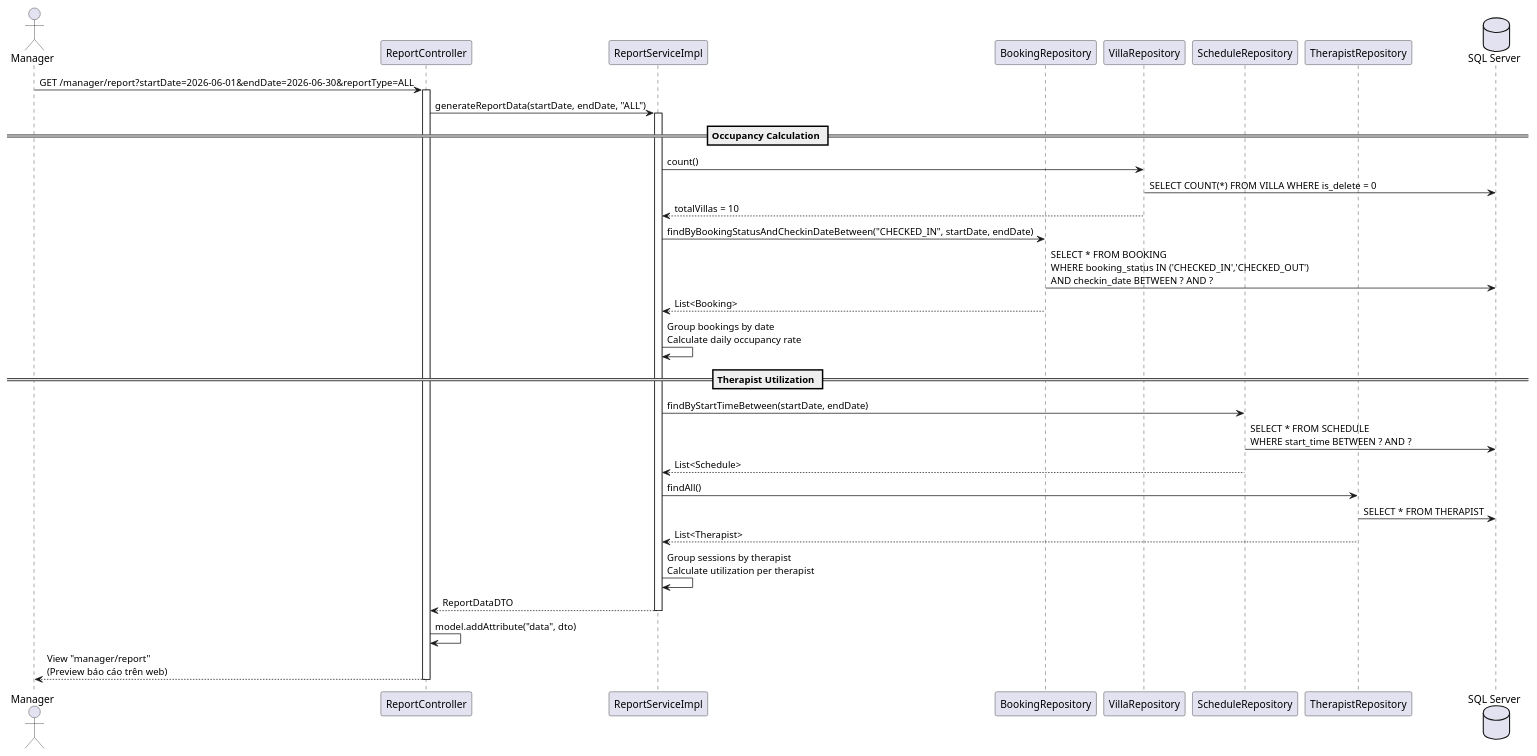
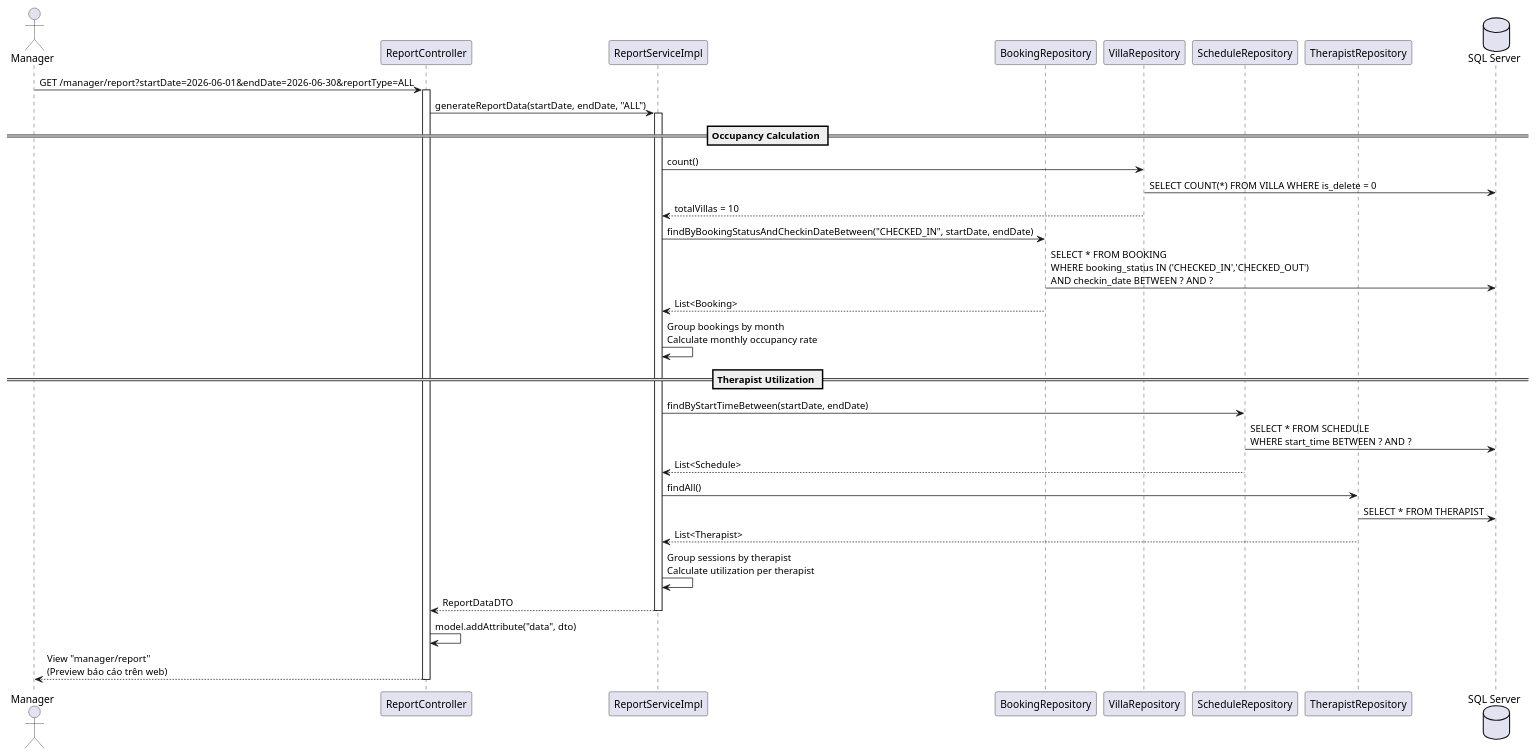
The second of 3 diagrams in 04_Implement/Module5/UC25/UC25_EDS_Report_Export.md (danhdac36/xoai-aura-retreat), drawn with PlantUML before and after one commit. The commit also changed other lines of this file and 10 other files, not shown here.

````diff
--- a/04_Implement/Module5/UC25/UC25_EDS_Report_Export.md
+++ b/04_Implement/Module5/UC25/UC25_EDS_Report_Export.md
@@ -233,47 +234,47 @@
 ```plantuml
 @startuml
 actor "Manager" as User
 participant "ReportController" as Controller
 participant "ReportServiceImpl" as Service
 participant "BookingRepository" as BookRepo
 participant "VillaRepository" as VillaRepo
 participant "ScheduleRepository" as SchedRepo
 participant "TherapistRepository" as TherapRepo
 database "SQL Server" as DB
 
 User -> Controller: GET /manager/report?startDate=2026-06-01&endDate=2026-06-30&reportType=ALL
 activate Controller
 
 Controller -> Service: generateReportData(startDate, endDate, "ALL")
 activate Service
 
 == Occupancy Calculation ==
 Service -> VillaRepo: count()
 VillaRepo -> DB: SELECT COUNT(*) FROM VILLA WHERE is_delete = 0
 VillaRepo --> Service: totalVillas = 10
 
 Service -> BookRepo: findByBookingStatusAndCheckinDateBetween("CHECKED_IN", startDate, endDate)
 BookRepo -> DB: SELECT * FROM BOOKING\nWHERE booking_status IN ('CHECKED_IN','CHECKED_OUT')\nAND checkin_date BETWEEN ? AND ?
 BookRepo --> Service: List<Booking>
 
-Service -> Service: Group bookings by date\nCalculate daily occupancy rate
+Service -> Service: Group bookings by month\nCalculate monthly occupancy rate
 
 == Therapist Utilization ==
 Service -> SchedRepo: findByStartTimeBetween(startDate, endDate)
 SchedRepo -> DB: SELECT * FROM SCHEDULE\nWHERE start_time BETWEEN ? AND ?
 SchedRepo --> Service: List<Schedule>
 
 Service -> TherapRepo: findAll()
 TherapRepo -> DB: SELECT * FROM THERAPIST
 TherapRepo --> Service: List<Therapist>
 
 Service -> Service: Group sessions by therapist\nCalculate utilization per therapist
 
 Service --> Controller: ReportDataDTO
 deactivate Service
 
 Controller -> Controller: model.addAttribute("data", dto)
 Controller --> User: View "manager/report"\n(Preview báo cáo trên web)
 deactivate Controller
 @enduml
 ```
````
